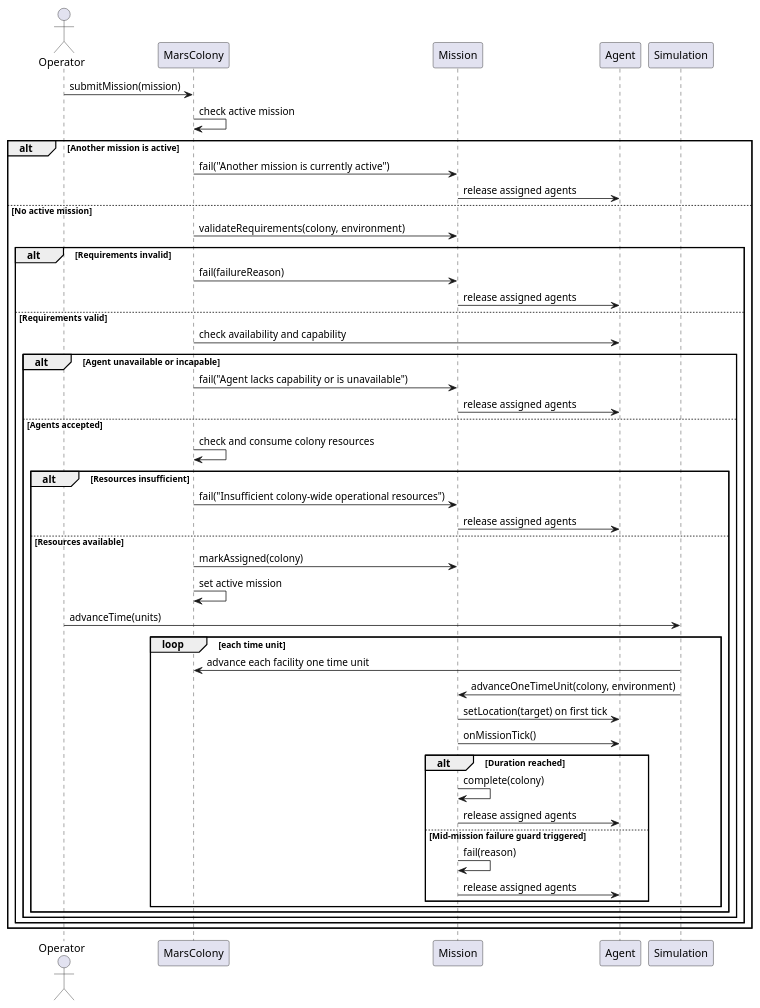
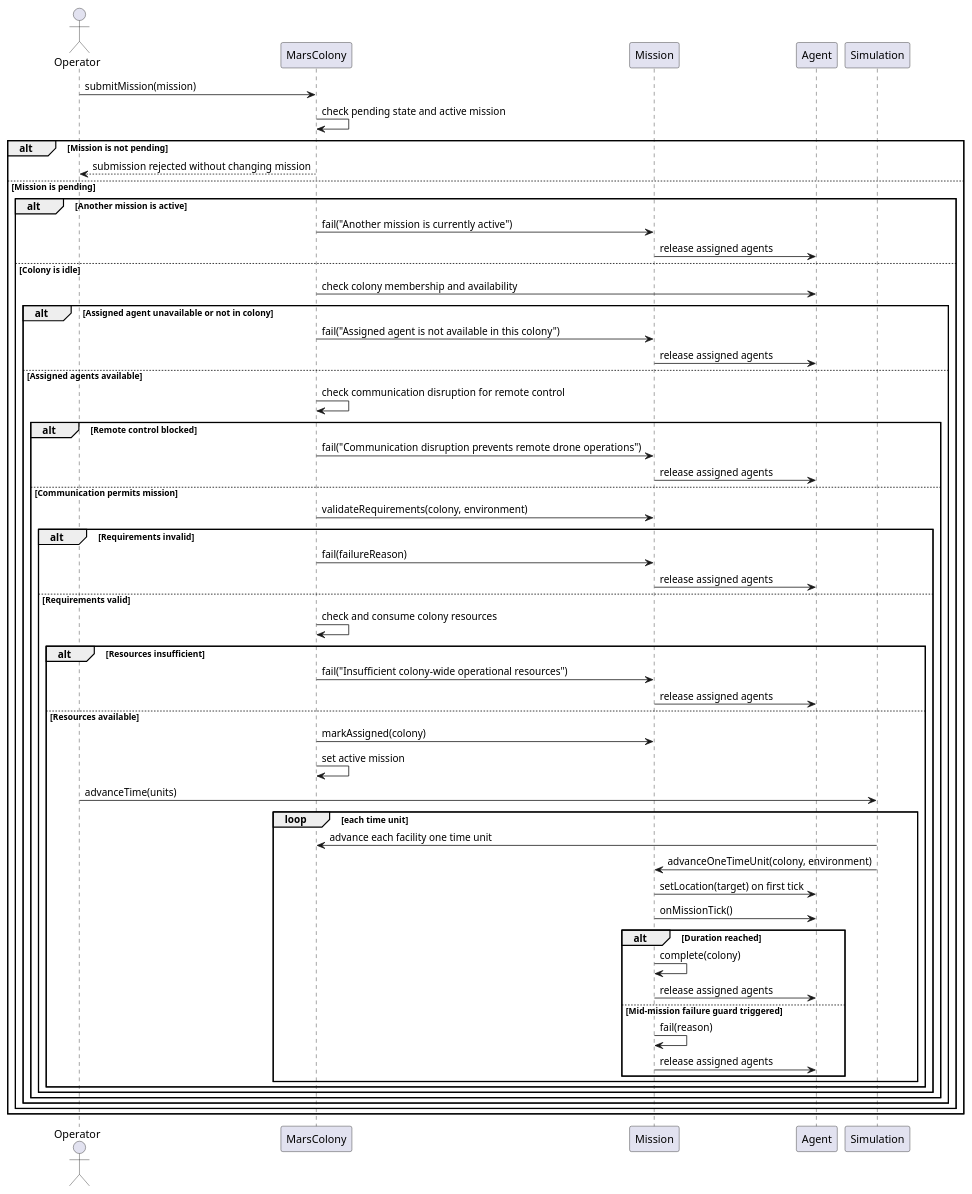
The diagram in docs/sequence_A_mission_execution.puml (Toqa-Elsaqqa/MarsColony), drawn with PlantUML before and after one commit. The commit also changed 67 other files, not shown here.

```diff
--- a/docs/sequence_A_mission_execution.puml
+++ b/docs/sequence_A_mission_execution.puml
@@ -1,49 +1,59 @@
 @startuml
 actor Operator
 participant MarsColony
 participant Mission
 participant Agent
 participant Simulation
 
 Operator -> MarsColony : submitMission(mission)
-MarsColony -> MarsColony : check active mission
-alt Another mission is active
-    MarsColony -> Mission : fail("Another mission is currently active")
-    Mission -> Agent : release assigned agents
-else No active mission
-    MarsColony -> Mission : validateRequirements(colony, environment)
-    alt Requirements invalid
-        MarsColony -> Mission : fail(failureReason)
+MarsColony -> MarsColony : check pending state and active mission
+alt Mission is not pending
+    MarsColony --> Operator : submission rejected without changing mission
+else Mission is pending
+    alt Another mission is active
+        MarsColony -> Mission : fail("Another mission is currently active")
         Mission -> Agent : release assigned agents
-    else Requirements valid
-        MarsColony -> Agent : check availability and capability
-        alt Agent unavailable or incapable
-            MarsColony -> Mission : fail("Agent lacks capability or is unavailable")
+    else Colony is idle
+    MarsColony -> Agent : check colony membership and availability
+    alt Assigned agent unavailable or not in colony
+        MarsColony -> Mission : fail("Assigned agent is not available in this colony")
+        Mission -> Agent : release assigned agents
+    else Assigned agents available
+        MarsColony -> MarsColony : check communication disruption for remote control
+        alt Remote control blocked
+            MarsColony -> Mission : fail("Communication disruption prevents remote drone operations")
             Mission -> Agent : release assigned agents
-        else Agents accepted
-            MarsColony -> MarsColony : check and consume colony resources
-            alt Resources insufficient
-                MarsColony -> Mission : fail("Insufficient colony-wide operational resources")
+        else Communication permits mission
+            MarsColony -> Mission : validateRequirements(colony, environment)
+            alt Requirements invalid
+                MarsColony -> Mission : fail(failureReason)
                 Mission -> Agent : release assigned agents
-            else Resources available
-                MarsColony -> Mission : markAssigned(colony)
-                MarsColony -> MarsColony : set active mission
-                Operator -> Simulation : advanceTime(units)
-                loop each time unit
-                    Simulation -> MarsColony : advance each facility one time unit
-                    Simulation -> Mission : advanceOneTimeUnit(colony, environment)
-                    Mission -> Agent : setLocation(target) on first tick
-                    Mission -> Agent : onMissionTick()
-                    alt Duration reached
-                        Mission -> Mission : complete(colony)
-                        Mission -> Agent : release assigned agents
-                    else Mid-mission failure guard triggered
-                        Mission -> Mission : fail(reason)
-                        Mission -> Agent : release assigned agents
+            else Requirements valid
+                MarsColony -> MarsColony : check and consume colony resources
+                alt Resources insufficient
+                    MarsColony -> Mission : fail("Insufficient colony-wide operational resources")
+                    Mission -> Agent : release assigned agents
+                else Resources available
+                    MarsColony -> Mission : markAssigned(colony)
+                    MarsColony -> MarsColony : set active mission
+                    Operator -> Simulation : advanceTime(units)
+                    loop each time unit
+                        Simulation -> MarsColony : advance each facility one time unit
+                        Simulation -> Mission : advanceOneTimeUnit(colony, environment)
+                        Mission -> Agent : setLocation(target) on first tick
+                        Mission -> Agent : onMissionTick()
+                        alt Duration reached
+                            Mission -> Mission : complete(colony)
+                            Mission -> Agent : release assigned agents
+                        else Mid-mission failure guard triggered
+                            Mission -> Mission : fail(reason)
+                            Mission -> Agent : release assigned agents
+                        end
                     end
                 end
             end
         end
     end
+    end
 end
 @enduml
```
